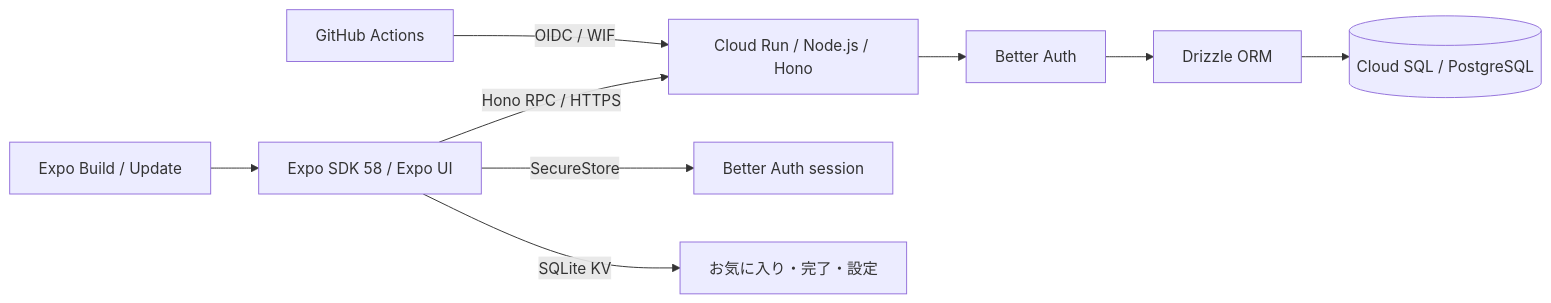
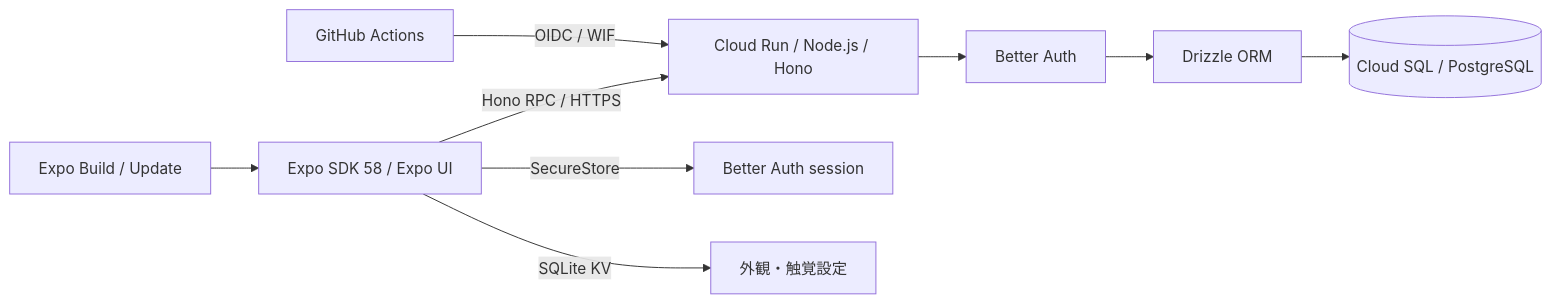
One commit to Kcvl-DfHack26/nuri changed the diagram in docs/architecture.md. Above: the diagram before and after it, drawn with Mermaid. The commit also changed other lines of this file and 114 other files, not shown here.

````diff
--- a/docs/architecture.md
+++ b/docs/architecture.md
@@ -7,11 +7,11 @@
 ```mermaid
 flowchart LR
   Phone[Expo SDK 58 / Expo UI] -->|Hono RPC / HTTPS|API[Cloud Run / Node.js / Hono]
   Phone -->|SecureStore|Session[Better Auth session]
-  Phone -->|SQLite KV|Local[お気に入り・完了・設定]
+  Phone -->|SQLite KV|Local[外観・触覚設定]
   API --> Auth[Better Auth]
   Auth --> Drizzle[Drizzle ORM]
   Drizzle --> DB[(Cloud SQL / PostgreSQL)]
   CI[GitHub Actions] -->|OIDC / WIF|API
   EAS[Expo Build / Update] --> Phone
 ```
````
